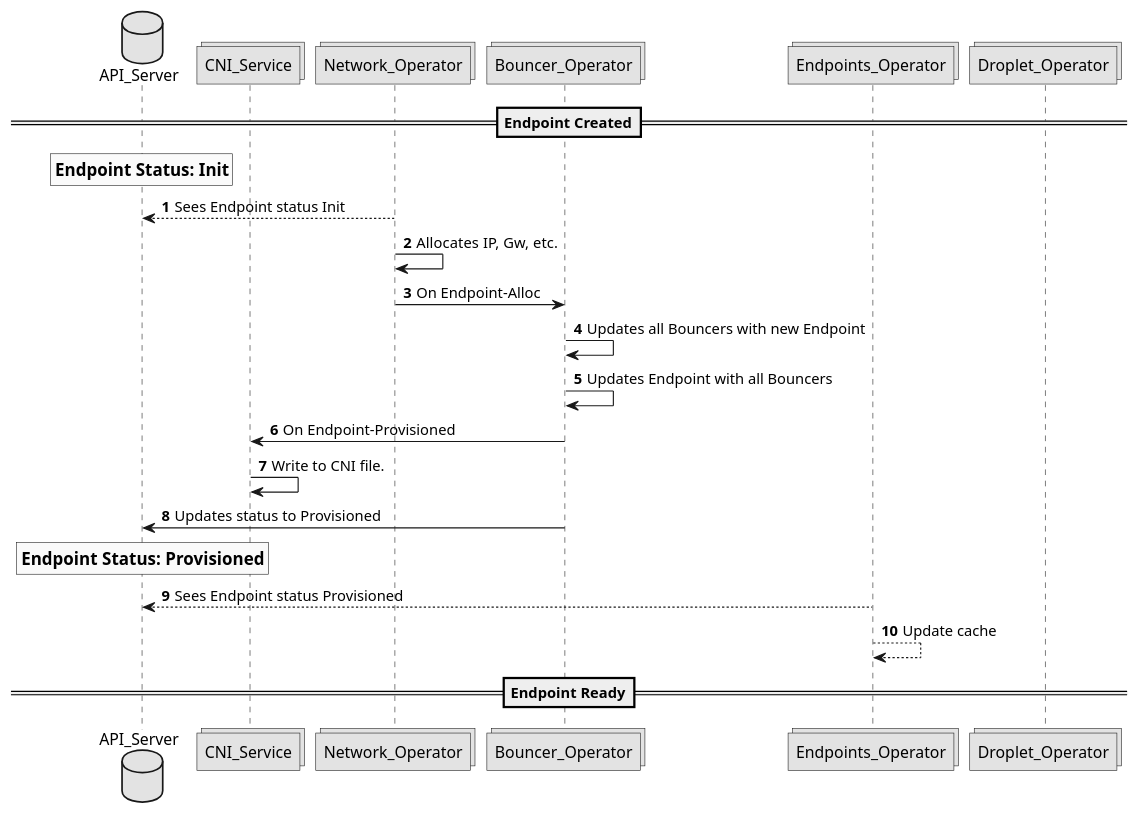
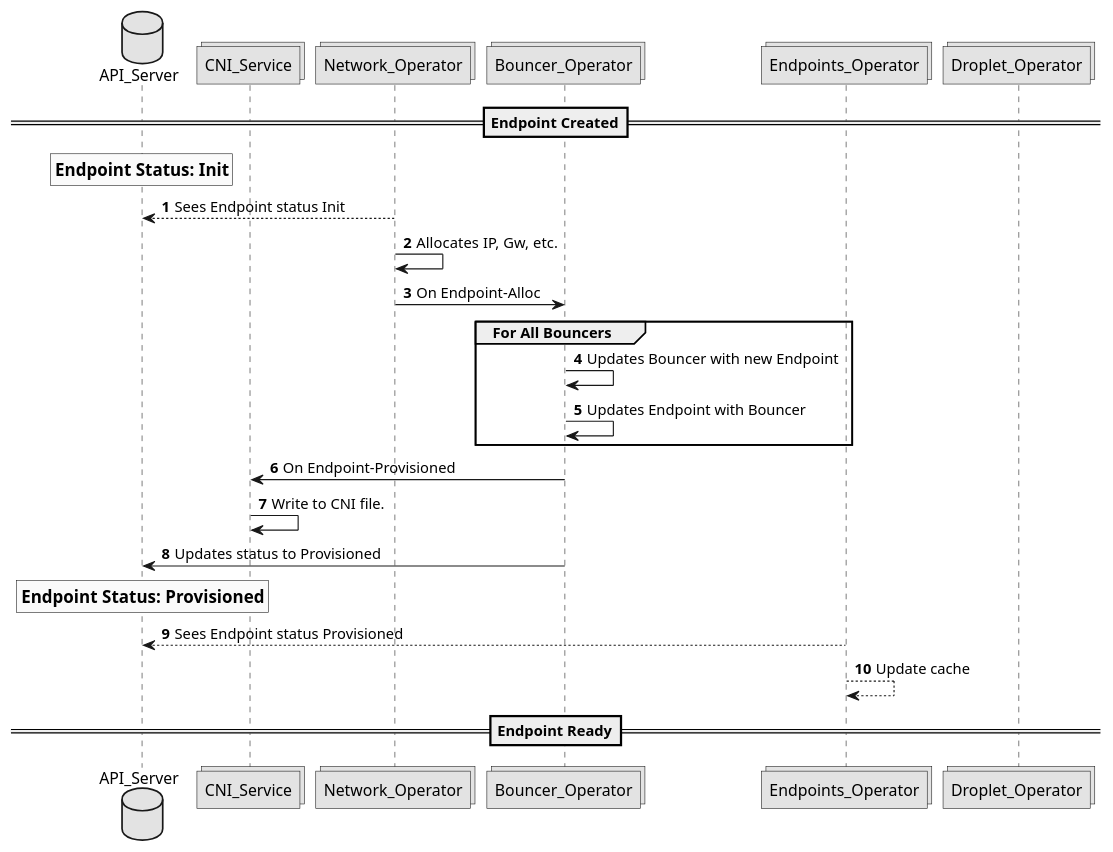
The diagram in Documentation/design/figures/create_endpoint_workflow.puml (CentaurusInfra/mizar), drawn with PlantUML before and after one commit. The commit also changed 4 other files, not shown here.

Commit message:
Updated create workflow diagrams for clarity

```diff
--- a/Documentation/design/figures/create_endpoint_workflow.puml
+++ b/Documentation/design/figures/create_endpoint_workflow.puml
@@ -1,27 +1,29 @@
 @startuml
 
 skinparam monochrome true
 autonumber
 
 database API_Server
 collections CNI_Service
 collections Network_Operator
 collections Bouncer_Operator
 collections Endpoints_Operator
 collections Droplet_Operator
 
 ==Endpoint Created==
 rnote over API_Server: == Endpoint Status: Init
 Network_Operator --> API_Server: Sees Endpoint status Init
 Network_Operator -> Network_Operator: Allocates IP, Gw, etc.
 Network_Operator -> Bouncer_Operator: On Endpoint-Alloc
-Bouncer_Operator -> Bouncer_Operator: Updates all Bouncers with new Endpoint
-Bouncer_Operator -> Bouncer_Operator: Updates Endpoint with all Bouncers
+group For All Bouncers
+Bouncer_Operator -> Bouncer_Operator: Updates Bouncer with new Endpoint
+Bouncer_Operator -> Bouncer_Operator: Updates Endpoint with Bouncer
+end
 Bouncer_Operator -> CNI_Service: On Endpoint-Provisioned
 CNI_Service -> CNI_Service: Write to CNI file.
 Bouncer_Operator -> API_Server: Updates status to Provisioned
 rnote over API_Server: ==Endpoint Status: Provisioned
 Endpoints_Operator --> API_Server: Sees Endpoint status Provisioned
 Endpoints_Operator --> Endpoints_Operator: Update cache
 ==Endpoint Ready==
 @enduml
```
